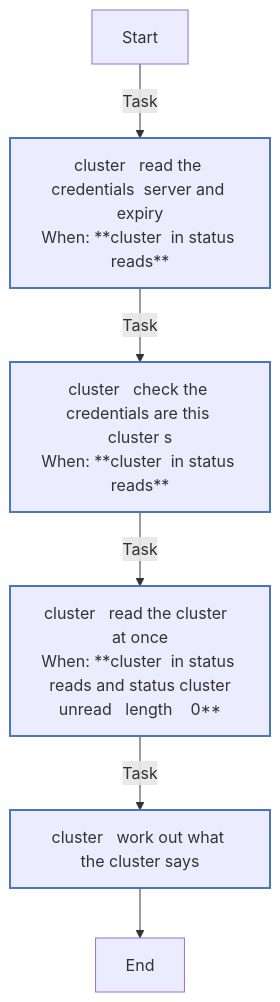
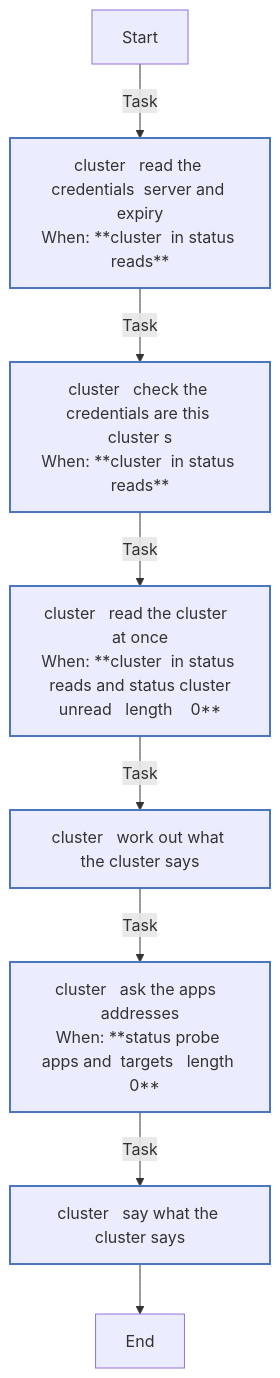
The first of 4 diagrams in roles/status/REFERENCE.md (kawadeomkar/homeserver), drawn with Mermaid before and after one commit. The commit also changed other lines of this file and 15 other files, not shown here.

````diff
--- a/roles/status/REFERENCE.md
+++ b/roles/status/REFERENCE.md
@@ -647,18 +675,20 @@
 ```mermaid
 flowchart TD
 Start
 classDef block stroke:#3498db,stroke-width:2px;
 classDef task stroke:#4b76bb,stroke-width:2px;
 classDef includeTasks stroke:#16a085,stroke-width:2px;
 classDef importTasks stroke:#34495e,stroke-width:2px;
 classDef includeRole stroke:#2980b9,stroke-width:2px;
 classDef importRole stroke:#699ba7,stroke-width:2px;
 classDef includeVars stroke:#8e44ad,stroke-width:2px;
 classDef rescue stroke:#665352,stroke-width:2px;
 
   Start-->|Task| cluster___Read_the_credentials__server_and_expiry0[cluster   read the credentials  server and expiry<br>When: **cluster  in status reads**]:::task
   cluster___Read_the_credentials__server_and_expiry0-->|Task| cluster___Check_the_credentials_are_this_cluster_s1[cluster   check the credentials are this cluster s<br>When: **cluster  in status reads**]:::task
   cluster___Check_the_credentials_are_this_cluster_s1-->|Task| cluster___Read_the_cluster__at_once2[cluster   read the cluster  at once<br>When: **cluster  in status reads and status cluster<br>unread   length    0**]:::task
   cluster___Read_the_cluster__at_once2-->|Task| cluster___Work_out_what_the_cluster_says3[cluster   work out what the cluster says]:::task
-  cluster___Work_out_what_the_cluster_says3-->End
+  cluster___Work_out_what_the_cluster_says3-->|Task| cluster___Ask_the_apps__addresses4[cluster   ask the apps  addresses<br>When: **status probe apps and  targets   length   0**]:::task
+  cluster___Ask_the_apps__addresses4-->|Task| cluster___Say_what_the_cluster_says5[cluster   say what the cluster says]:::task
+  cluster___Say_what_the_cluster_says5-->End
 ```
````
